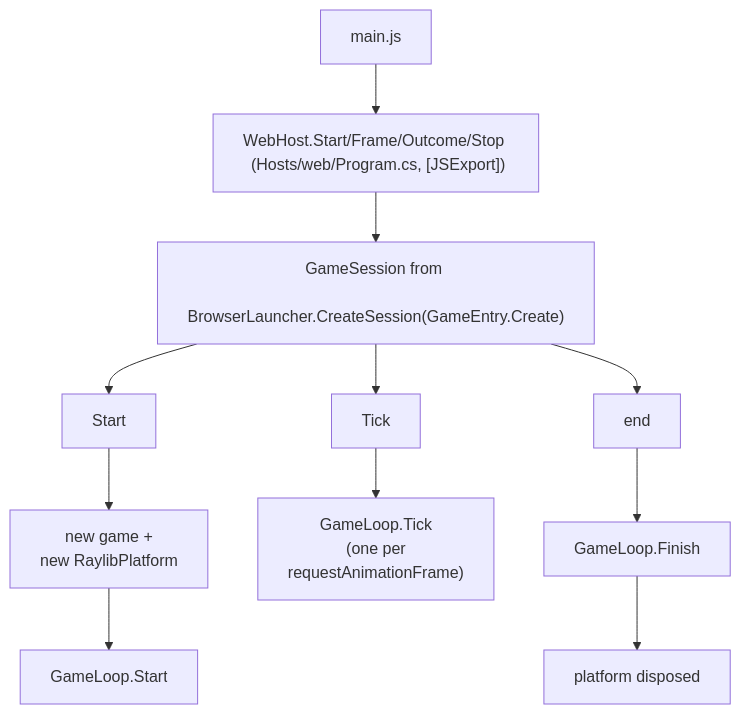
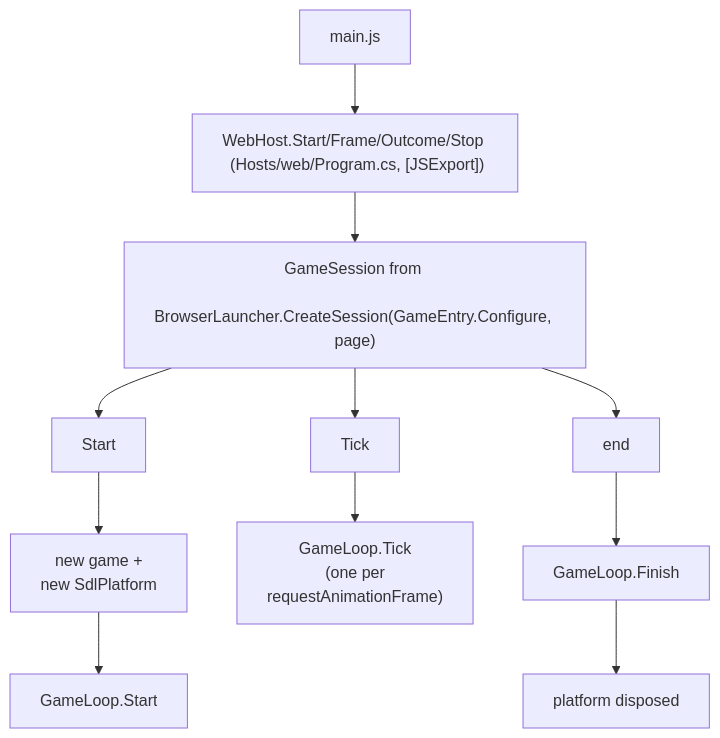
One commit to NastMz/MicroEngine changed the third of 4 diagrams in docs/reference/components.md. Above: the diagram before and after it, drawn with Mermaid. The commit also changed other lines of this file and 64 other files, not shown here.

````diff
--- a/docs/reference/components.md
+++ b/docs/reference/components.md
@@ -108,10 +108,10 @@
 ```mermaid
 flowchart TB
   accTitle: Browser call flow
   accDescr: main.js calls WebHost, which uses a GameSession from BrowserLauncher.CreateSession; the session starts, ticks and ends the game loop.
   main["main.js"] --> host["WebHost.Start/Frame/Outcome/Stop <br/> (Hosts/web/Program.cs, [JSExport])"]
-  host --> session["GameSession from <br/> BrowserLauncher.CreateSession(GameEntry.Create)"]
-  session --> start["Start"] --> create["new game + <br/> new RaylibPlatform"] --> loopStart["GameLoop.Start"]
+  host --> session["GameSession from <br/> BrowserLauncher.CreateSession(GameEntry.Configure, page)"]
+  session --> start["Start"] --> create["new game + <br/> new SdlPlatform"] --> loopStart["GameLoop.Start"]
   session --> tick["Tick"] --> loopTick["GameLoop.Tick <br/> (one per <br/> requestAnimationFrame)"]
   session --> stop["end"] --> finish["GameLoop.Finish"] --> disposed["platform disposed"]
 ```
````
